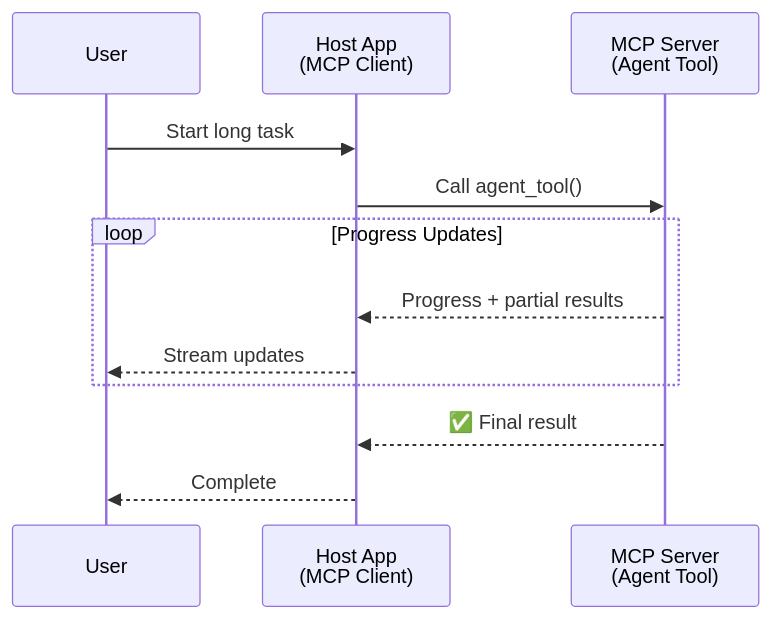
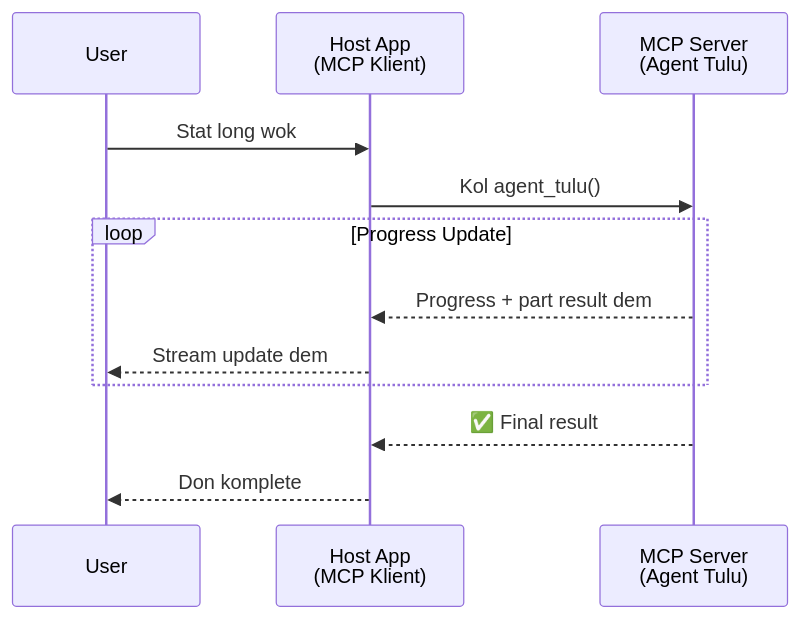
Before and after one commit to gabrielmoreira/agent-skills-mirror: the first of 5 diagrams in mirrors/repos/microsoft@ai-agents-for-beginners/translations/pcm/11-agentic-protocols/code_samples/mcp-agents/README.md, drawn with Mermaid. The commit also changed other lines of this file and 4262 other files, not shown here.

````diff
--- a/mirrors/repos/microsoft@ai-agents-for-beginners/translations/pcm/11-agentic-protocols/code_samples/mcp-agents/README.md
+++ b/mirrors/repos/microsoft@ai-agents-for-beginners/translations/pcm/11-agentic-protocols/code_samples/mcp-agents/README.md
@@ -44,17 +46,17 @@
 ```mermaid
 sequenceDiagram
     participant User
-    participant Host as Host App<br/>(MCP Client)
-    participant Server as MCP Server<br/>(Agent Tool)
+    participant Host as Host App<br/>(MCP Klient)
+    participant Server as MCP Server<br/>(Agent Tulu)
 
-    User->>Host: Start long task
-    Host->>Server: Call agent_tool()
+    User->>Host: Stat long wok
+    Host->>Server: Kol agent_tulu()
 
-    loop Progress Updates
-        Server-->>Host: Progress + partial results
-        Host-->>User: Stream updates
+    loop Progress Update
+        Server-->>Host: Progress + part result dem
+        Host-->>User: Stream update dem
     end
 
     Server-->>Host: ✅ Final result
-    Host-->>User: Complete
+    Host-->>User: Don komplete
 ```
````
